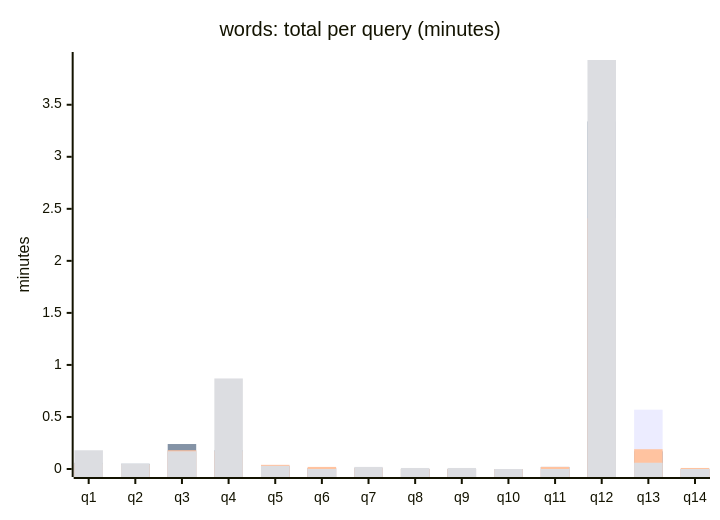
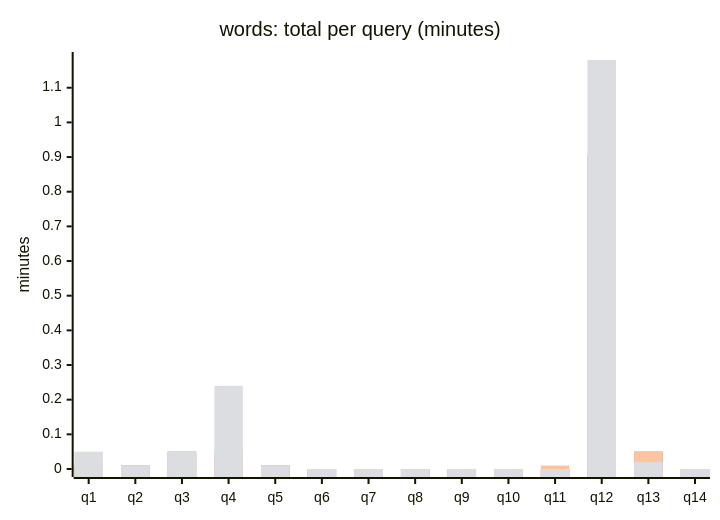
One commit to KleiKodesh/SeforimLibrarySearchEngine changed the eighth of 11 diagrams in FTS-SPECS-AND-COMPARISONS.md. Above: the diagram before and after it, drawn with Mermaid. The commit also changed other lines of this file and 10 other files, not shown here.

````diff
--- a/FTS-SPECS-AND-COMPARISONS.md
+++ b/FTS-SPECS-AND-COMPARISONS.md
@@ -400,10 +411,10 @@
 ```mermaid
 xychart-beta
     title "words: total per query (minutes)"
     x-axis ["q1", "q2", "q3", "q4", "q5", "q6", "q7", "q8", "q9", "q10", "q11", "q12", "q13", "q14"]
     y-axis "minutes"
-    bar [0.05, 0.03, 0.16, 0.15, 0.03, 0.01, 0.01, 0.00, 0.00, 0.00, 0.02, 2.43, 0.57, 0.01]
-    bar [0.06, 0.05, 0.24, 0.18, 0.03, 0.01, 0.01, 0.00, 0.00, 0.00, 0.02, 3.34, 0.17, 0.00]
-    bar [0.05, 0.04, 0.18, 0.17, 0.04, 0.02, 0.01, 0.00, 0.00, 0.00, 0.02, 2.41, 0.19, 0.01]
-    bar [0.18, 0.05, 0.17, 0.87, 0.03, 0.00, 0.02, 0.01, 0.01, 0.00, 0.00, 3.93, 0.06, 0.00]
+    bar [0.01, 0.01, 0.05, 0.04, 0.01, 0.00, 0.00, 0.00, 0.00, 0.00, 0.00, 0.90, 0.05, 0.00]
+    bar [0.01, 0.01, 0.05, 0.04, 0.01, 0.00, 0.00, 0.00, 0.00, 0.00, 0.00, 0.90, 0.05, 0.00]
+    bar [0.01, 0.01, 0.05, 0.05, 0.01, 0.00, 0.00, 0.00, 0.00, 0.00, 0.01, 0.91, 0.05, 0.00]
+    bar [0.05, 0.01, 0.05, 0.24, 0.01, 0.00, 0.00, 0.00, 0.00, 0.00, 0.00, 1.18, 0.02, 0.00]
 ```
````
